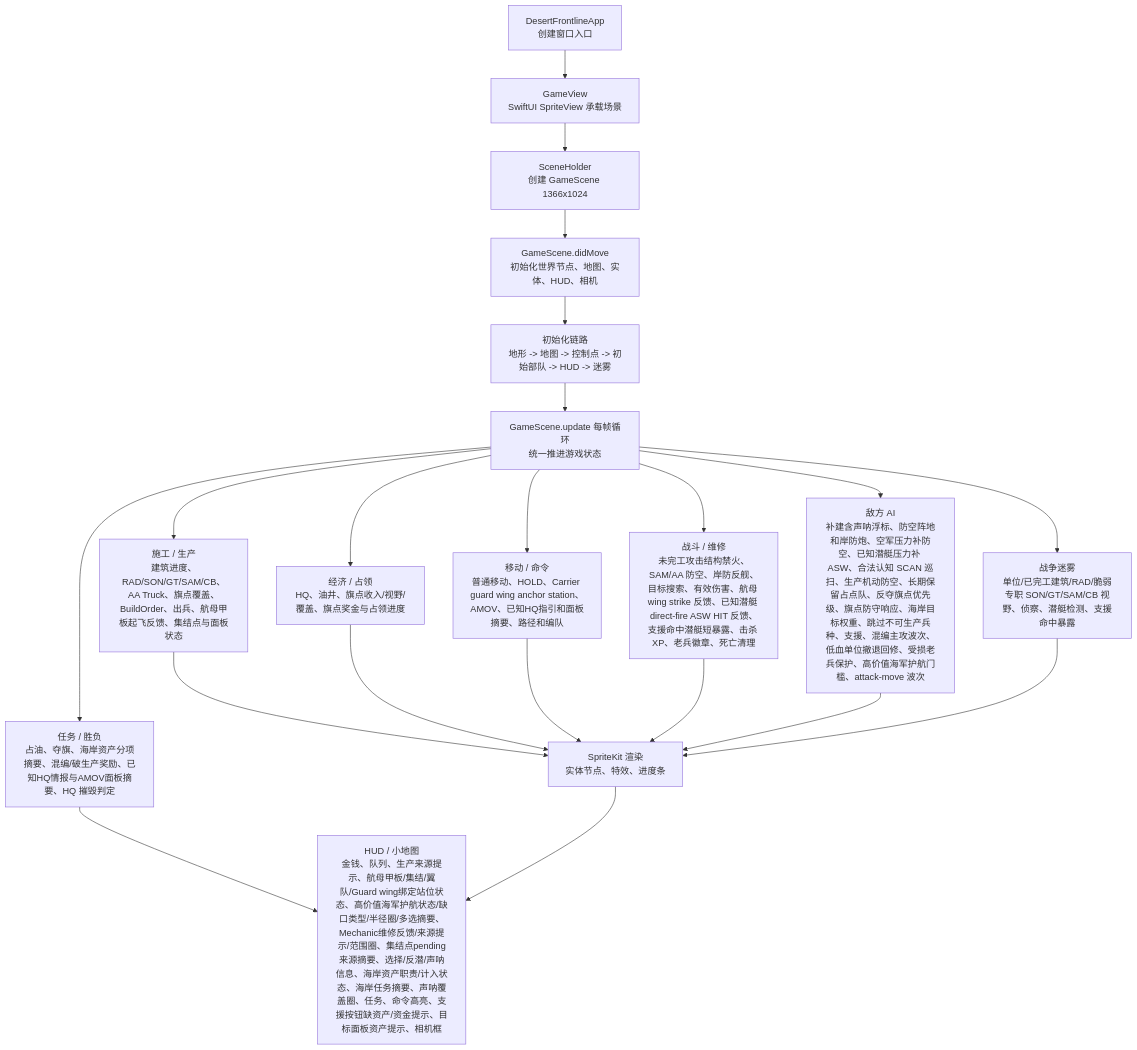
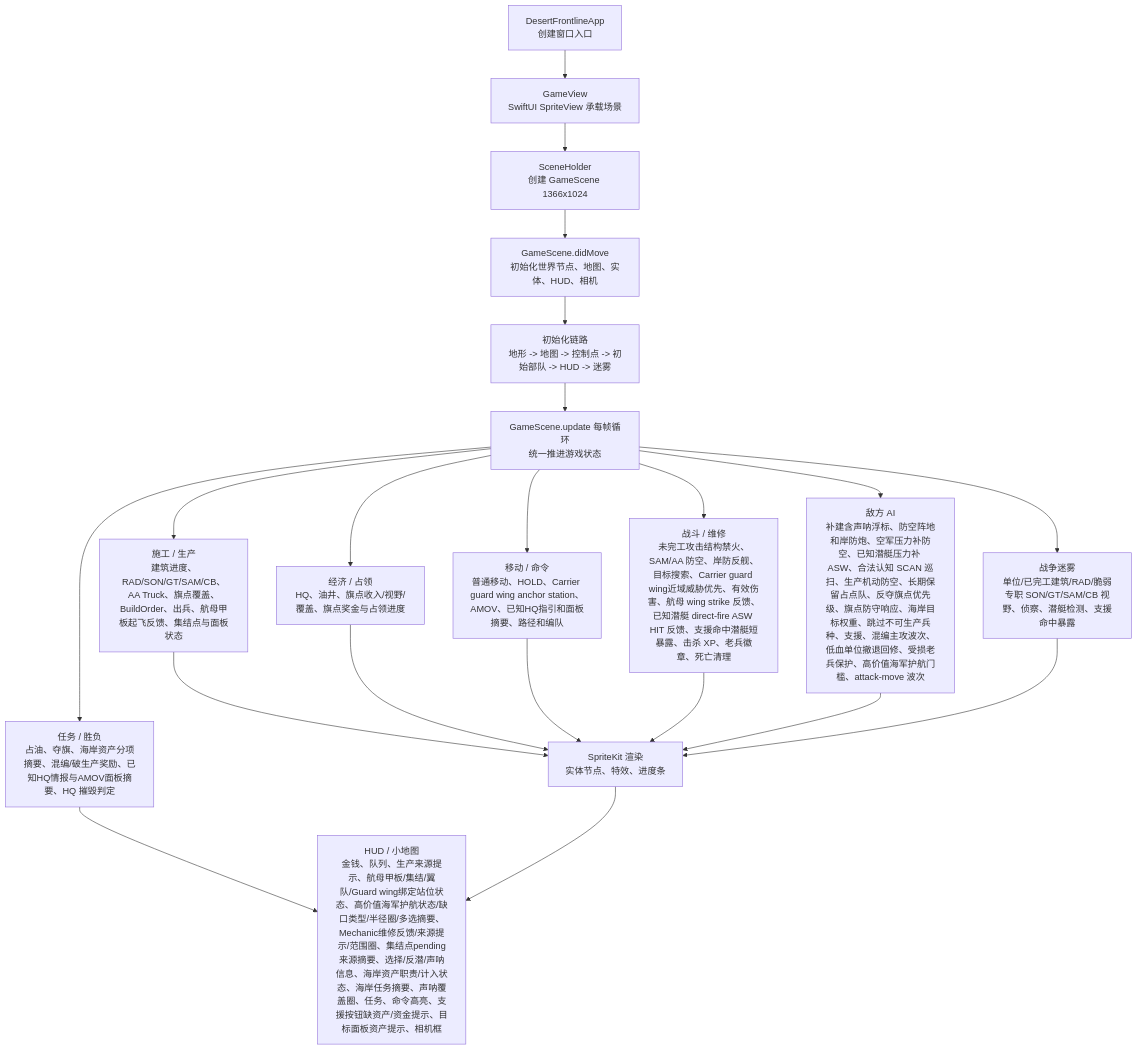
The first of 3 diagrams in md/flow/flowchart.md (Altman-sam114/1145), drawn with Mermaid before and after one commit. The commit also changed other lines of this file and 4 other files, not shown here.

````diff
--- a/md/flow/flowchart.md
+++ b/md/flow/flowchart.md
@@ -9,23 +9,23 @@
 ```mermaid
 flowchart TD
   App["DesertFrontlineApp\n创建窗口入口"] --> View["GameView\nSwiftUI SpriteView 承载场景"]
   View --> Holder["SceneHolder\n创建 GameScene 1366x1024"]
   Holder --> Scene["GameScene.didMove\n初始化世界节点、地图、实体、HUD、相机"]
   Scene --> Init["初始化链路\n地形 -> 地图 -> 控制点 -> 初始部队 -> HUD -> 迷雾"]
   Init --> Loop["GameScene.update 每帧循环\n统一推进游戏状态"]
   Loop --> Build["施工 / 生产\n建筑进度、RAD/SON/GT/SAM/CB、AA Truck、旗点覆盖、BuildOrder、出兵、航母甲板起飞反馈、集结点与面板状态"]
   Loop --> Economy["经济 / 占领\nHQ、油井、旗点收入/视野/覆盖、旗点奖金与占领进度"]
   Loop --> Commands["移动 / 命令\n普通移动、HOLD、Carrier guard wing anchor station、AMOV、已知HQ指引和面板摘要、路径和编队"]
-  Loop --> Combat["战斗 / 维修\n未完工攻击结构禁火、SAM/AA 防空、岸防反舰、目标搜索、有效伤害、航母 wing strike 反馈、已知潜艇 direct-fire ASW HIT 反馈、支援命中潜艇短暴露、击杀 XP、老兵徽章、死亡清理"]
+  Loop --> Combat["战斗 / 维修\n未完工攻击结构禁火、SAM/AA 防空、岸防反舰、目标搜索、Carrier guard wing近域威胁优先、有效伤害、航母 wing strike 反馈、已知潜艇 direct-fire ASW HIT 反馈、支援命中潜艇短暴露、击杀 XP、老兵徽章、死亡清理"]
   Loop --> AI["敌方 AI\n补建含声呐浮标、防空阵地和岸防炮、空军压力补防空、已知潜艇压力补 ASW、合法认知 SCAN 巡扫、生产机动防空、长期保留占点队、反夺旗点优先级、旗点防守响应、海岸目标权重、跳过不可生产兵种、支援、混编主攻波次、低血单位撤退回修、受损老兵保护、高价值海军护航门槛、attack-move 波次"]
   Loop --> Fog["战争迷雾\n单位/已完工建筑/RAD/脆弱专职 SON/GT/SAM/CB 视野、侦察、潜艇检测、支援命中暴露"]
   Loop --> Mission["任务 / 胜负\n占油、夺旗、海岸资产分项摘要、混编/破生产奖励、已知HQ情报与AMOV面板摘要、HQ 摧毁判定"]
   Build --> Render["SpriteKit 渲染\n实体节点、特效、进度条"]
   Economy --> Render
   Commands --> Render
   Combat --> Render
   AI --> Render
   Fog --> Render
   Mission --> HUD["HUD / 小地图\n金钱、队列、生产来源提示、航母甲板/集结/翼队/Guard wing绑定站位状态、高价值海军护航状态/缺口类型/半径圈/多选摘要、Mechanic维修反馈/来源提示/范围圈、集结点pending来源摘要、选择/反潜/声呐信息、海岸资产职责/计入状态、海岸任务摘要、声呐覆盖圈、任务、命令高亮、支援按钮缺资产/资金提示、目标面板资产提示、相机框"]
   Render --> HUD
 ```
````
